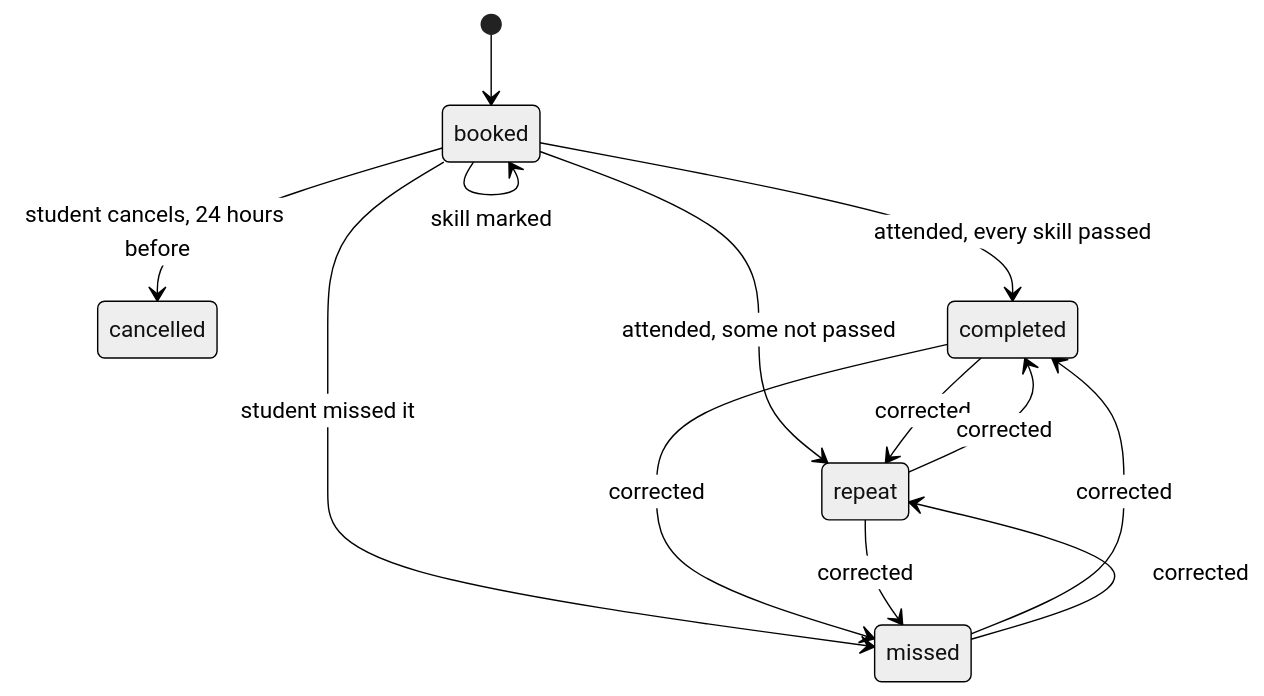
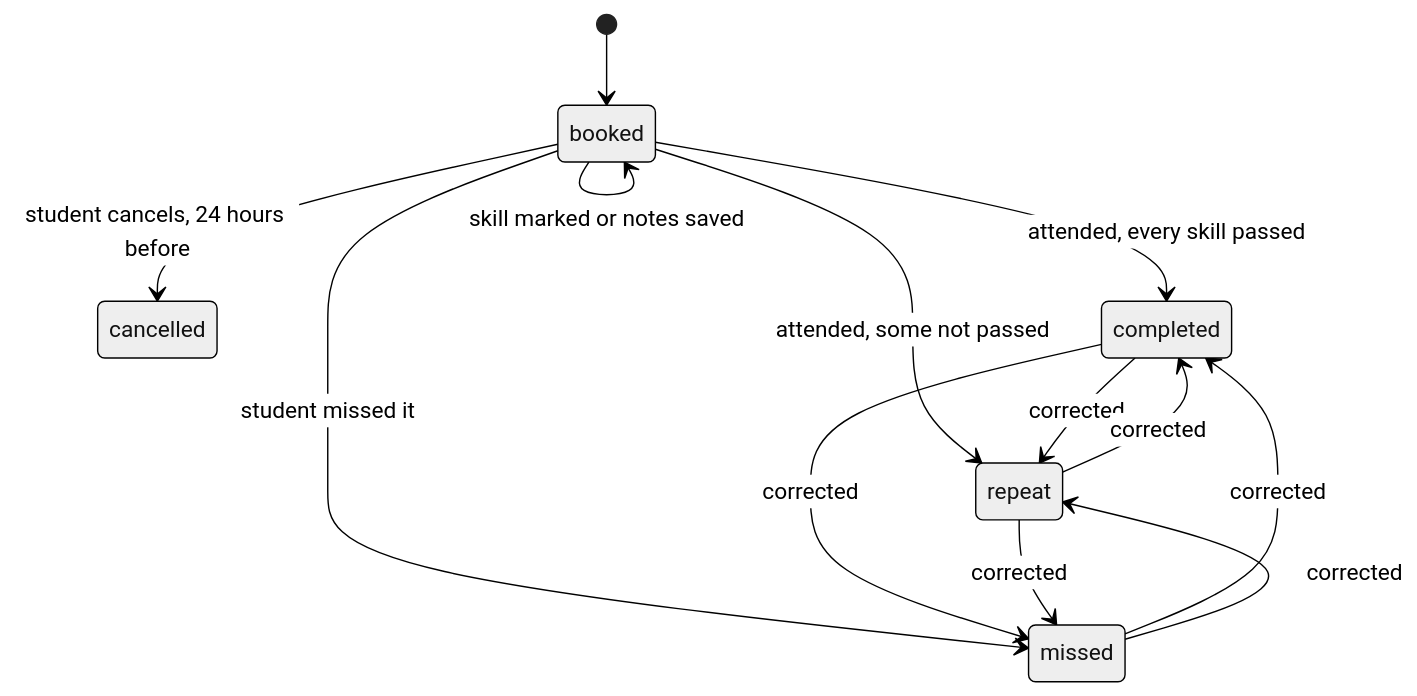
One commit to Valiance-Studios/halo-drivers-ed changed the sixth of 9 diagrams in ARCHITECTURE.md. Above: the diagram before and after it, drawn with Mermaid (neutral theme). The commit also changed other lines of this file and 30 other files, not shown here.

````diff
--- a/ARCHITECTURE.md
+++ b/ARCHITECTURE.md
@@ -258,15 +258,15 @@
 ```mermaid
 stateDiagram-v2
     [*] --> booked
     booked --> cancelled: student cancels, 24 hours before
-    booked --> booked: skill marked
+    booked --> booked: skill marked or notes saved
     booked --> completed: attended, every skill passed
     booked --> repeat: attended, some not passed
     booked --> missed: student missed it
     completed --> repeat: corrected
     completed --> missed: corrected
     repeat --> completed: corrected
     repeat --> missed: corrected
     missed --> completed: corrected
     missed --> repeat: corrected
 ```
````
